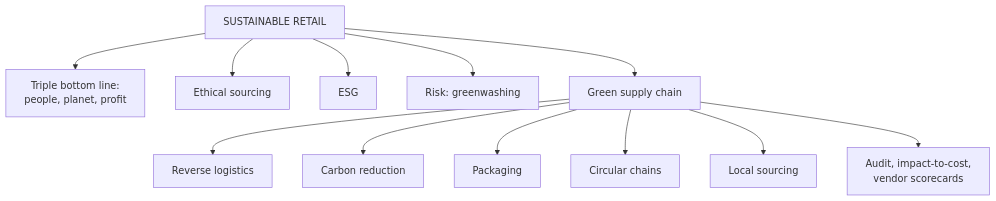
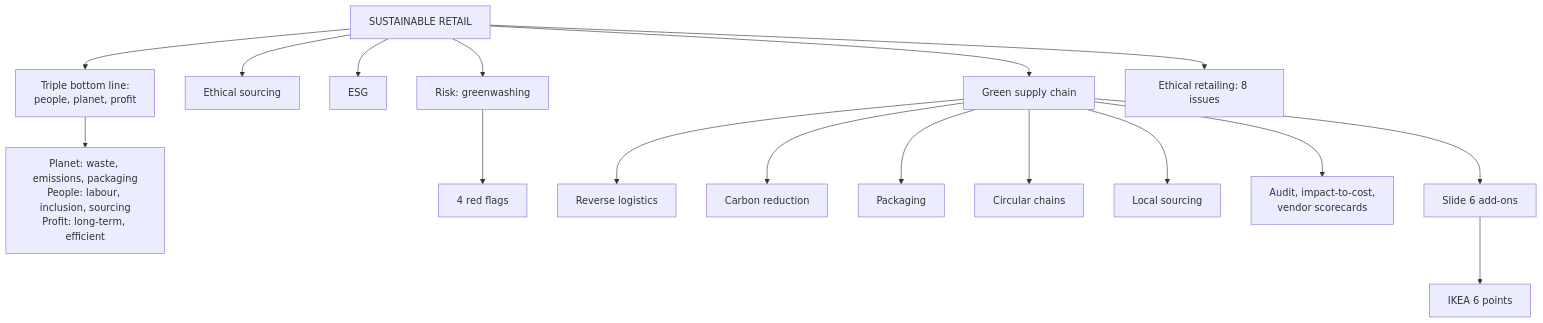
Before and after one commit to Lokiragnarock/ahhh: the diagram in content/recall/retail-management/Retail Management Unit 5 - DR-3 Sustainable Ethical and Green Retailing.md, drawn with Mermaid. The commit also changed other lines of this file and 6 other files, not shown here.

````diff
--- a/content/recall/retail-management/Retail Management Unit 5 - DR-3 Sustainable Ethical and Green Retailing.md
+++ b/content/recall/retail-management/Retail Management Unit 5 - DR-3 Sustainable Ethical and Green Retailing.md
@@ -120,14 +209,19 @@
 ```mermaid
 graph TD
     S["SUSTAINABLE RETAIL"] --> TB["Triple bottom line:<br/>people, planet, profit"]
     S --> ES["Ethical sourcing"]
     S --> ESG["ESG"]
     S --> GW["Risk: greenwashing"]
     S --> GS["Green supply chain"]
     GS --> RL["Reverse logistics"]
     GS --> CF["Carbon reduction"]
     GS --> PK["Packaging"]
     GS --> CI["Circular chains"]
     GS --> LS["Local sourcing"]
     GS --> AU["Audit, impact-to-cost,<br/>vendor scorecards"]
+    TB --> PPP["Planet: waste, emissions, packaging<br/>People: labour, inclusion, sourcing<br/>Profit: long-term, efficient"]
+    GS --> SIX["Slide 6 add-ons"]
+    SIX --> IK["IKEA 6 points"]
+    S --> ER["Ethical retailing: 8 issues"]
+    GW --> RF4["4 red flags"]
 ```
````
